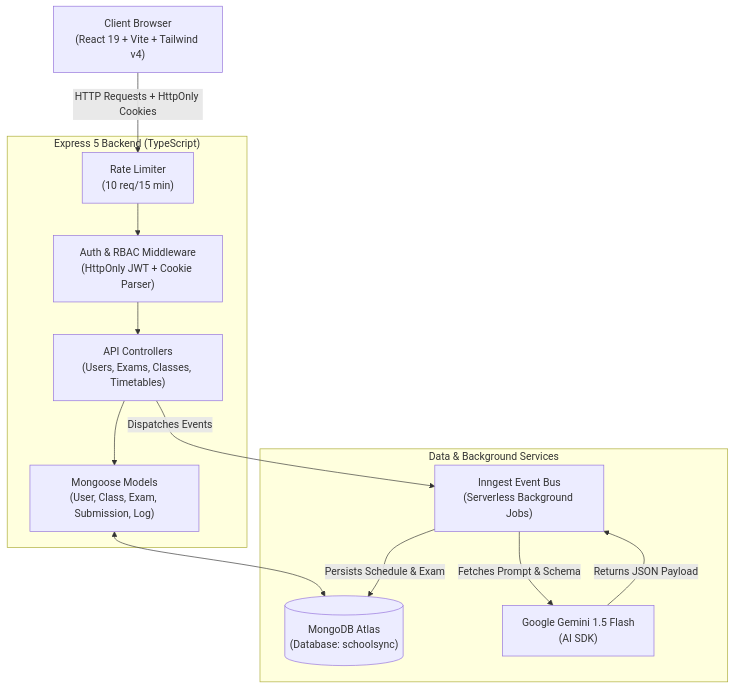
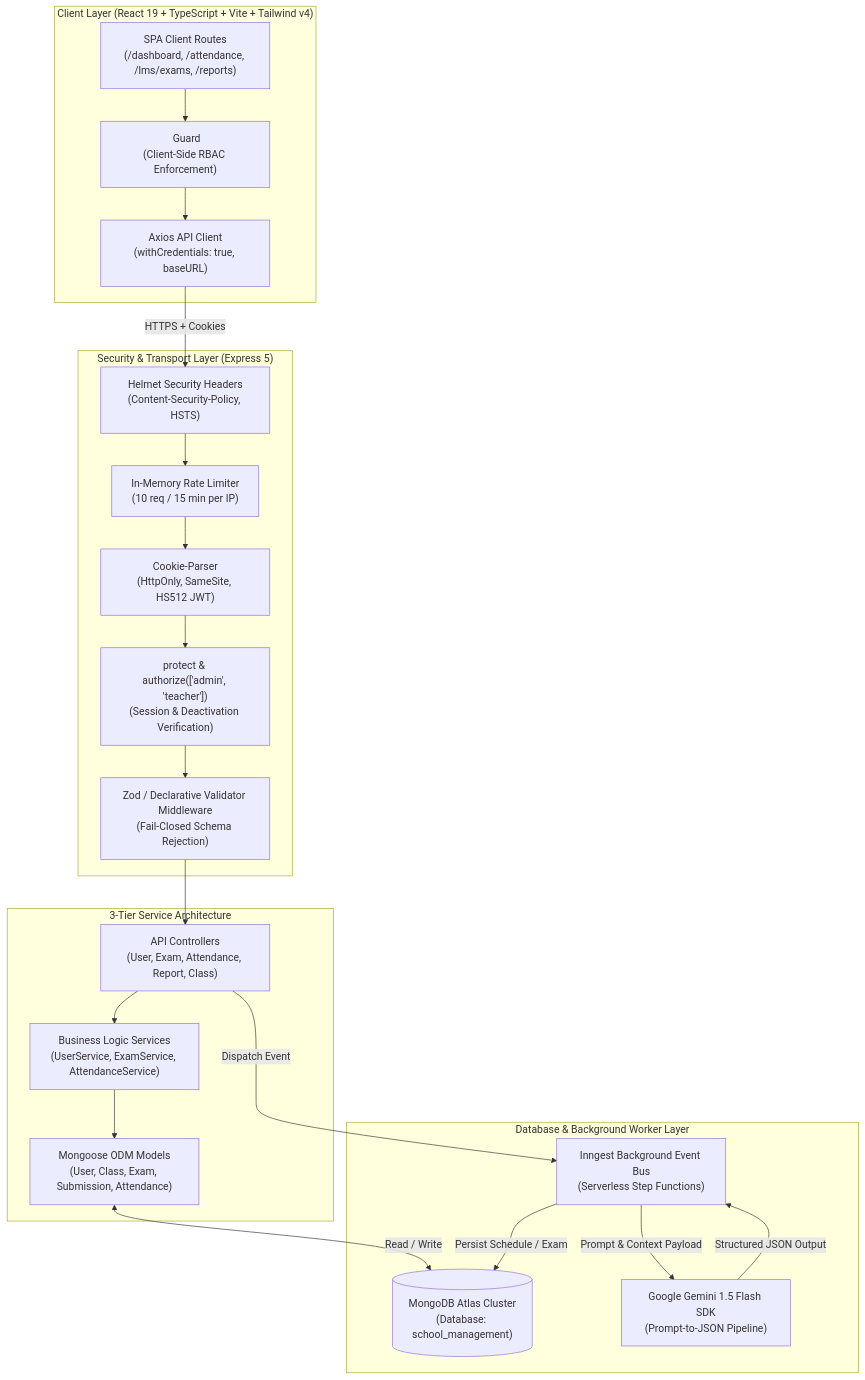
The first of 2 diagrams in readme.md (Sekhar01807/School-Management), drawn with Mermaid before and after one commit. The commit also changed other lines of this file, not shown here.

Commit message:
docs: elevate README to enterprise-grade standard with architecture, ERD, and deployment guides

````diff
--- a/readme.md
+++ b/readme.md
@@ -87,27 +142,40 @@
 ```mermaid
 flowchart TD
-    Client["Client Browser\n(React 19 + Vite + Tailwind v4)"]
-    
-    subgraph Backend ["Express 5 Backend (TypeScript)"]
-        AuthMid["Auth & RBAC Middleware\n(HttpOnly JWT + Cookie Parser)"]
-        RateLim["Rate Limiter\n(10 req/15 min)"]
-        Controllers["API Controllers\n(Users, Exams, Classes, Timetables)"]
-        Mongoose["Mongoose Models\n(User, Class, Exam, Submission, Log)"]
-    end
-    
-    subgraph DataQueue ["Data & Background Services"]
-        MongoAtlas[("MongoDB Atlas\n(Database: schoolsync)")]
-        InngestQueue["Inngest Event Bus\n(Serverless Background Jobs)"]
-        GeminiAI["Google Gemini 1.5 Flash\n(AI SDK)"]
+    subgraph FrontendLayer ["Client Layer (React 19 + TypeScript + Vite + Tailwind v4)"]
+        UI["SPA Client Routes\n(/dashboard, /attendance, /lms/exams, /reports)"]
+        RoleGuard["<RoleRoute /> Guard\n(Client-Side RBAC Enforcement)"]
+        AxiosClient["Axios API Client\n(withCredentials: true, baseURL)"]
+        UI --> RoleGuard --> AxiosClient
     end
 
-    Client -->|HTTP Requests + HttpOnly Cookies| RateLim
-    RateLim --> AuthMid
-    AuthMid --> Controllers
-    Controllers --> Mongoose
-    Mongoose <--> MongoAtlas
-    Controllers -->|Dispatches Events| InngestQueue
-    InngestQueue -->|Fetches Prompt & Schema| GeminiAI
-    GeminiAI -->|Returns JSON Payload| InngestQueue
-    InngestQueue -->|Persists Schedule & Exam| MongoAtlas
+    subgraph TransportSecurity ["Security & Transport Layer (Express 5)"]
+        HelmetMid["Helmet Security Headers\n(Content-Security-Policy, HSTS)"]
+        RateLimiter["In-Memory Rate Limiter\n(10 req / 15 min per IP)"]
+        CookieParser["Cookie-Parser\n(HttpOnly, SameSite, HS512 JWT)"]
+        AuthMiddleware["protect & authorize(['admin', 'teacher'])\n(Session & Deactivation Verification)"]
+        ValidationPipe["Zod / Declarative Validator Middleware\n(Fail-Closed Schema Rejection)"]
+        
+        AxiosClient -->|HTTPS + Cookies| HelmetMid
+        HelmetMid --> RateLimiter --> CookieParser --> AuthMiddleware --> ValidationPipe
+    end
+
+    subgraph ServiceLayer ["3-Tier Service Architecture"]
+        Controllers["API Controllers\n(User, Exam, Attendance, Report, Class)"]
+        Services["Business Logic Services\n(UserService, ExamService, AttendanceService)"]
+        MongooseModels["Mongoose ODM Models\n(User, Class, Exam, Submission, Attendance)"]
+        
+        ValidationPipe --> Controllers --> Services --> MongooseModels
+    end
+
+    subgraph DataAndAI ["Database & Background Worker Layer"]
+        MongoDB[("MongoDB Atlas Cluster\n(Database: school_management)")]
+        InngestWorker["Inngest Background Event Bus\n(Serverless Step Functions)"]
+        GeminiAI["Google Gemini 1.5 Flash SDK\n(Prompt-to-JSON Pipeline)"]
+        
+        MongooseModels <-->|Read / Write| MongoDB
+        Controllers -->|Dispatch Event| InngestWorker
+        InngestWorker -->|Prompt & Context Payload| GeminiAI
+        GeminiAI -->|Structured JSON Output| InngestWorker
+        InngestWorker -->|Persist Schedule / Exam| MongoDB
+    end
 ```
````
